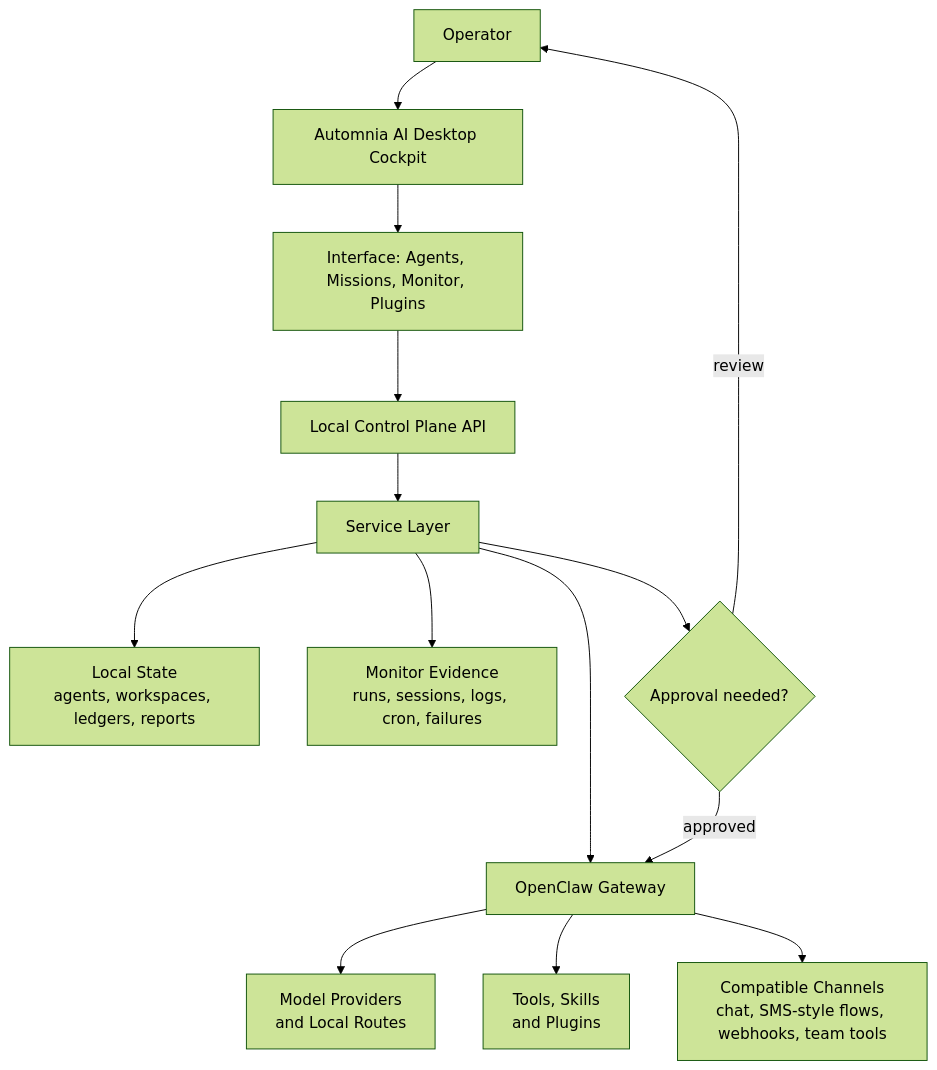
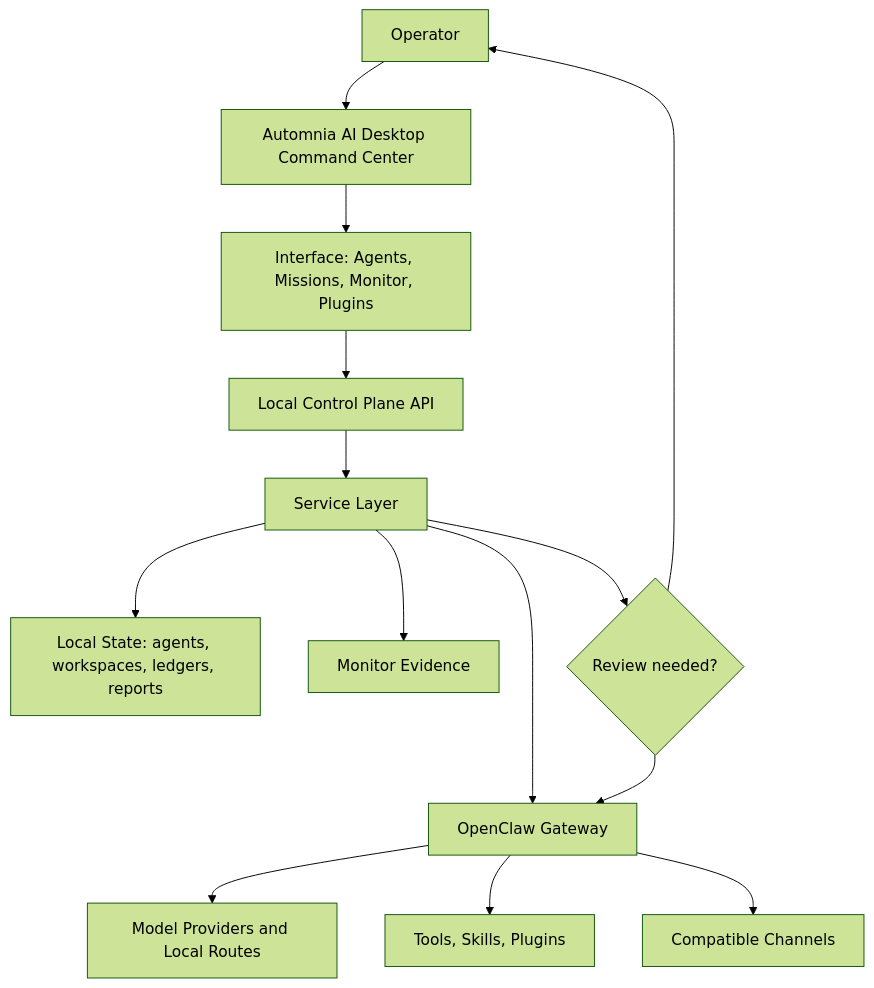
Before and after one commit to hotboysupreme12-hash/Automnia-AI-Nexus: the diagram in README.md, drawn with Mermaid (forest theme). The commit also changed other lines of this file, not shown here.

````diff
--- a/README.md
+++ b/README.md
@@ -104,19 +104,16 @@
 ```mermaid
 flowchart TD
-    Operator[Operator] --> Cockpit[Automnia AI Desktop Cockpit]
-    Cockpit --> UI[Interface: Agents, Missions, Monitor, Plugins]
+    Operator[Operator] --> App[Automnia AI Desktop Command Center]
+    App --> UI[Interface: Agents, Missions, Monitor, Plugins]
     UI --> API[Local Control Plane API]
     API --> Services[Service Layer]
-
-    Services --> State[Local State<br/>agents, workspaces, ledgers, reports]
+    Services --> State[Local State: agents, workspaces, ledgers, reports]
     Services --> Runtime[OpenClaw Gateway]
-    Services --> Monitor[Monitor Evidence<br/>runs, sessions, logs, cron, failures]
-    Services --> Approval{Approval needed?}
-
-    Runtime --> Models[Model Providers<br/>and Local Routes]
-    Runtime --> Tools[Tools, Skills<br/>and Plugins]
-    Runtime --> Channels[Compatible Channels<br/>chat, SMS-style flows, webhooks, team tools]
-
-    Approval -->|review| Operator
-    Approval -->|approved| Runtime
+    Services --> Monitor[Monitor Evidence]
+    Services --> Review{Review needed?}
+    Runtime --> Models[Model Providers and Local Routes]
+    Runtime --> Tools[Tools, Skills, Plugins]
+    Runtime --> Channels[Compatible Channels]
+    Review --> Operator
+    Review --> Runtime
 ```
````
